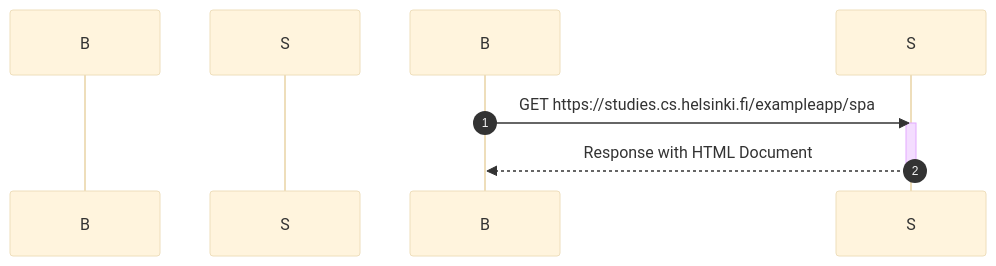
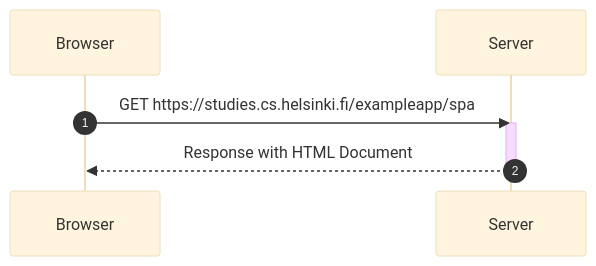
Before and after one commit to LucasMontecino/fullstackopen: the diagram in part0/0.5.md, drawn with Mermaid (base theme).

Commit message:
Fix participant declaration order in mermaid sequence diagram

````diff
--- a/part0/0.5.md
+++ b/part0/0.5.md
@@ -1,13 +1,13 @@
 ```mermaid
     sequenceDiagram
-    participant Browser as B
-    participant Server as S
+    participant B as Browser
+    participant S as Server
     autonumber
 
     B->>S: GET https://studies.cs.helsinki.fi/exampleapp/spa
     activate S
     S-->>B: Response with HTML Document
     deactivate S
 
 
 ```
````
